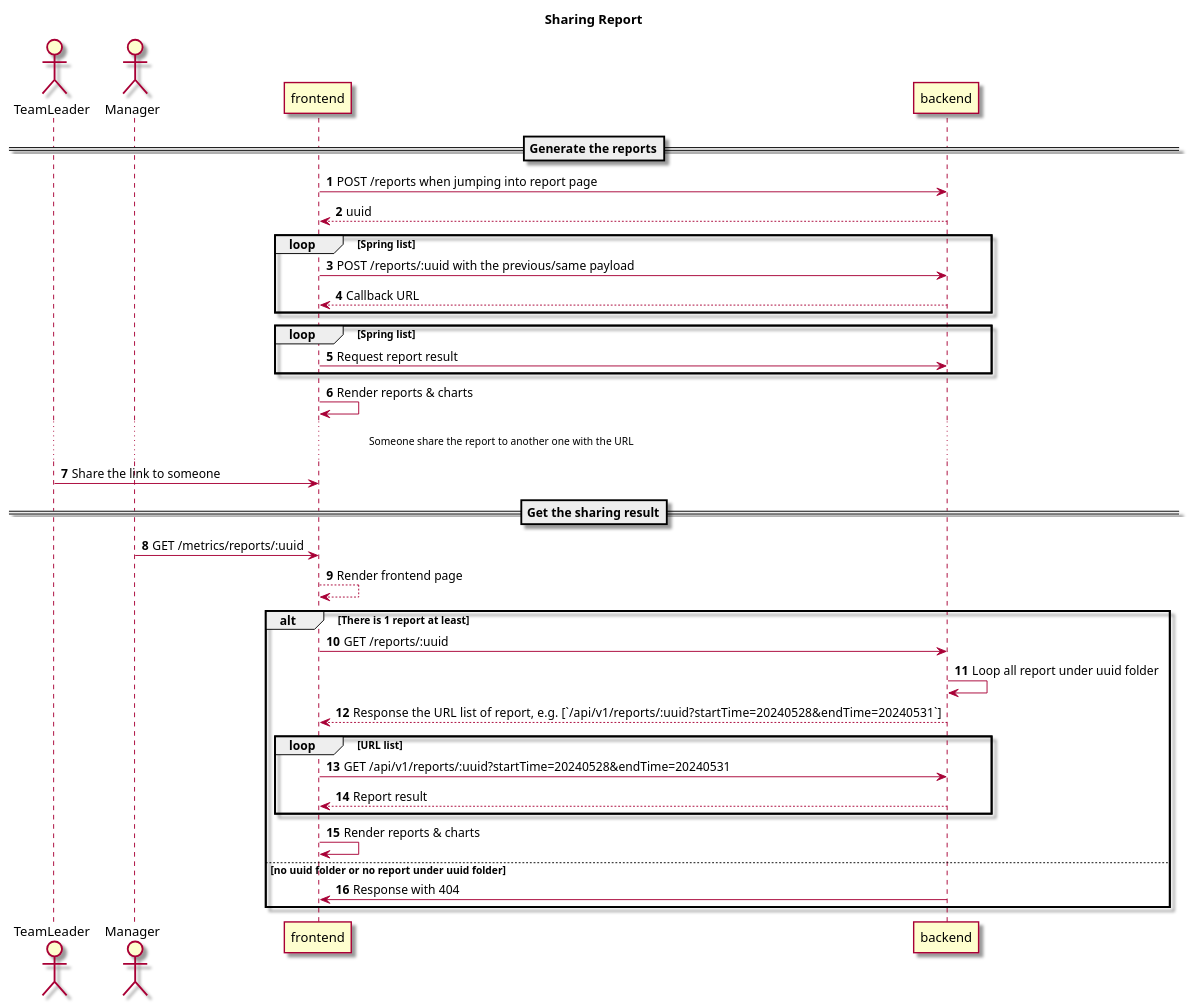
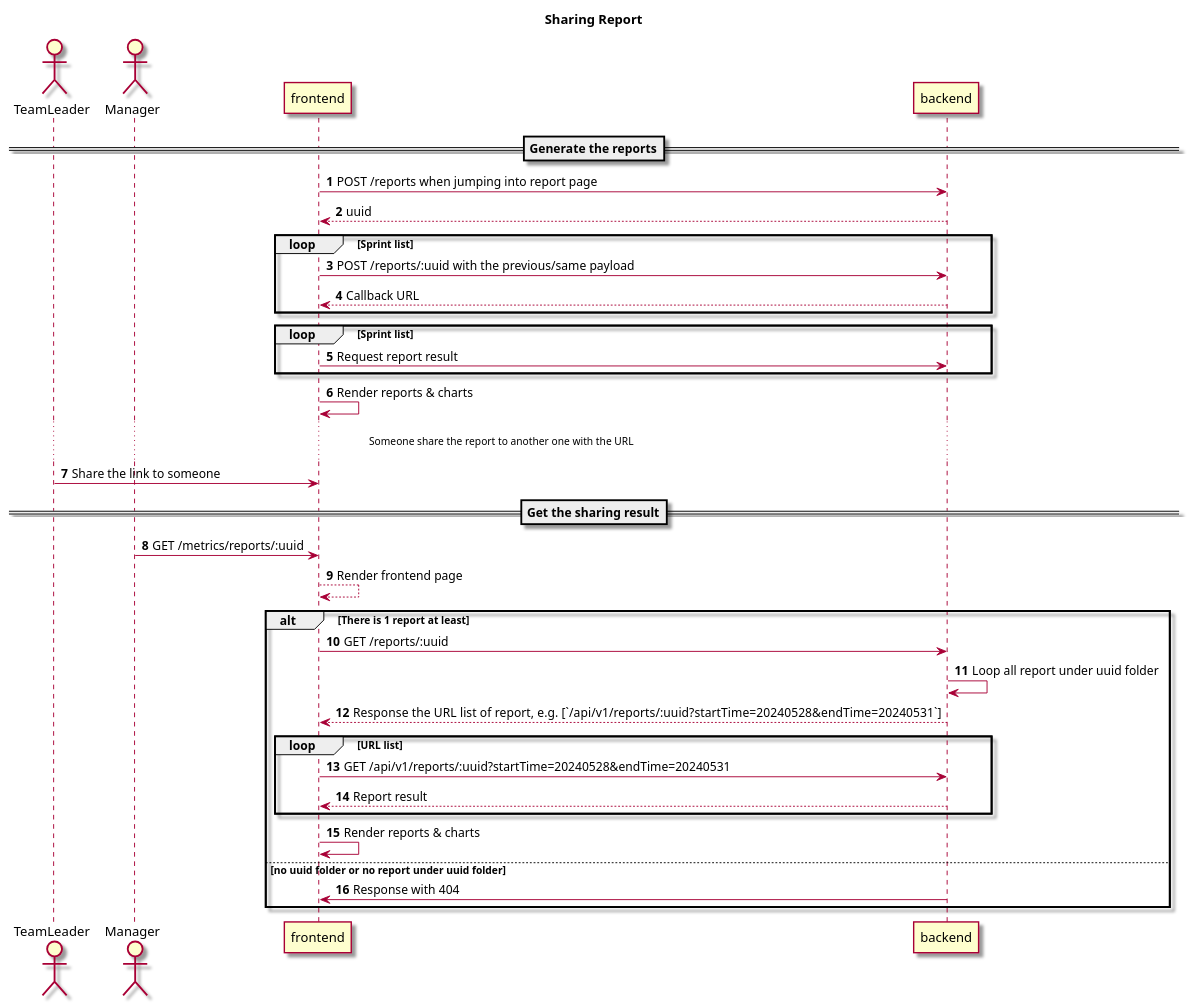
Before and after one commit to davidwangcn9/Heartbeat: the diagram in docs/src/content/docs/en/spikes/tech-spikes-sharing-report.mdx, drawn with PlantUML.

Commit message:
docs(spike): [docs] fix typo

````diff
--- a/docs/src/content/docs/en/spikes/tech-spikes-sharing-report.mdx
+++ b/docs/src/content/docs/en/spikes/tech-spikes-sharing-report.mdx
@@ -30,44 +30,44 @@
 ```plantuml
 @startuml
 skin rose
 autonumber
 title Sharing Report
 
 actor       TeamLeader       as TeamLeader
 actor       Manager       as Manager
 participant frontend as frontend
 participant backend as backend
 
 ==Generate the reports==
 frontend -> backend: POST /reports when jumping into report page
 backend --> frontend: uuid
-loop Spring list
+loop Sprint list
   frontend -> backend: POST /reports/:uuid with the previous/same payload
   backend --> frontend: Callback URL
 end
 
-loop Spring list
+loop Sprint list
   frontend -> backend: Request report result
 end
 
 frontend -> frontend: Render reports & charts
 ...Someone share the report to another one with the URL...
 TeamLeader -> frontend: Share the link to someone
 ==Get the sharing result==
 Manager -> frontend: GET /metrics/reports/:uuid
 frontend --> frontend: Render frontend page
 alt There is 1 report at least
   frontend -> backend: GET /reports/:uuid
   backend-> backend: Loop all report under uuid folder
   backend --> frontend: Response the URL list of report, e.g.   [`/api/v1/reports/:uuid?startTime=20240528&endTime=20240531`]
   loop URL list
     frontend-> backend: GET /api/v1/reports/:uuid?startTime=20240528&endTime=20240531
     backend --> frontend: Report result
   end
   frontend -> frontend: Render reports & charts
 else no uuid folder or no report under uuid folder
   backend-> frontend: Response with 404
 end
 
 @enduml
 ```
````
